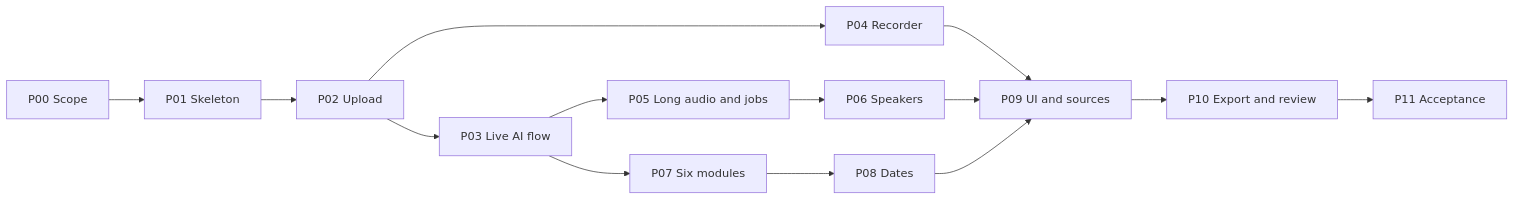
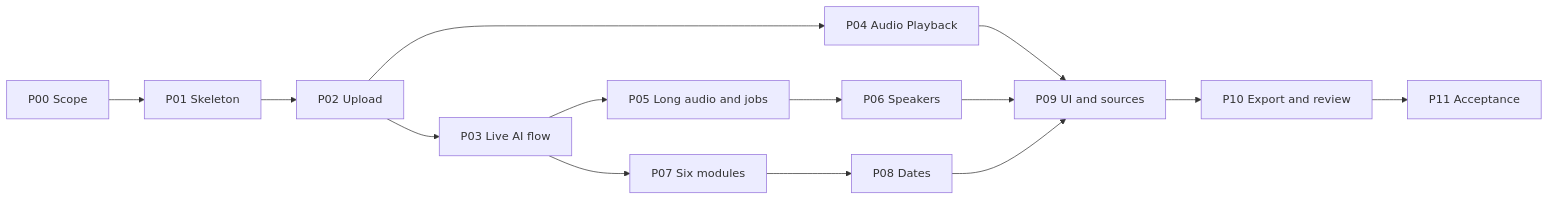
The diagram in docs/implementation-roadmap.md (vietquang8071/se2026-t15), drawn with Mermaid before and after one commit. The commit also changed other lines of this file and 12 other files, not shown here.

Commit message:
feat(web): add meeting minutes frontend flow

````diff
--- a/docs/implementation-roadmap.md
+++ b/docs/implementation-roadmap.md
@@ -242,16 +242,16 @@
 ```mermaid
 flowchart LR
     P00["P00 Scope"] --> P01["P01 Skeleton"]
     P01 --> P02["P02 Upload"]
     P02 --> P03["P03 Live AI flow"]
-    P02 --> P04["P04 Recorder"]
+    P02 --> P04["P04 Audio Playback"]
     P03 --> P05["P05 Long audio and jobs"]
     P05 --> P06["P06 Speakers"]
     P03 --> P07["P07 Six modules"]
     P07 --> P08["P08 Dates"]
     P04 --> P09["P09 UI and sources"]
     P06 --> P09
     P08 --> P09
     P09 --> P10["P10 Export and review"]
     P10 --> P11["P11 Acceptance"]
 ```
````
